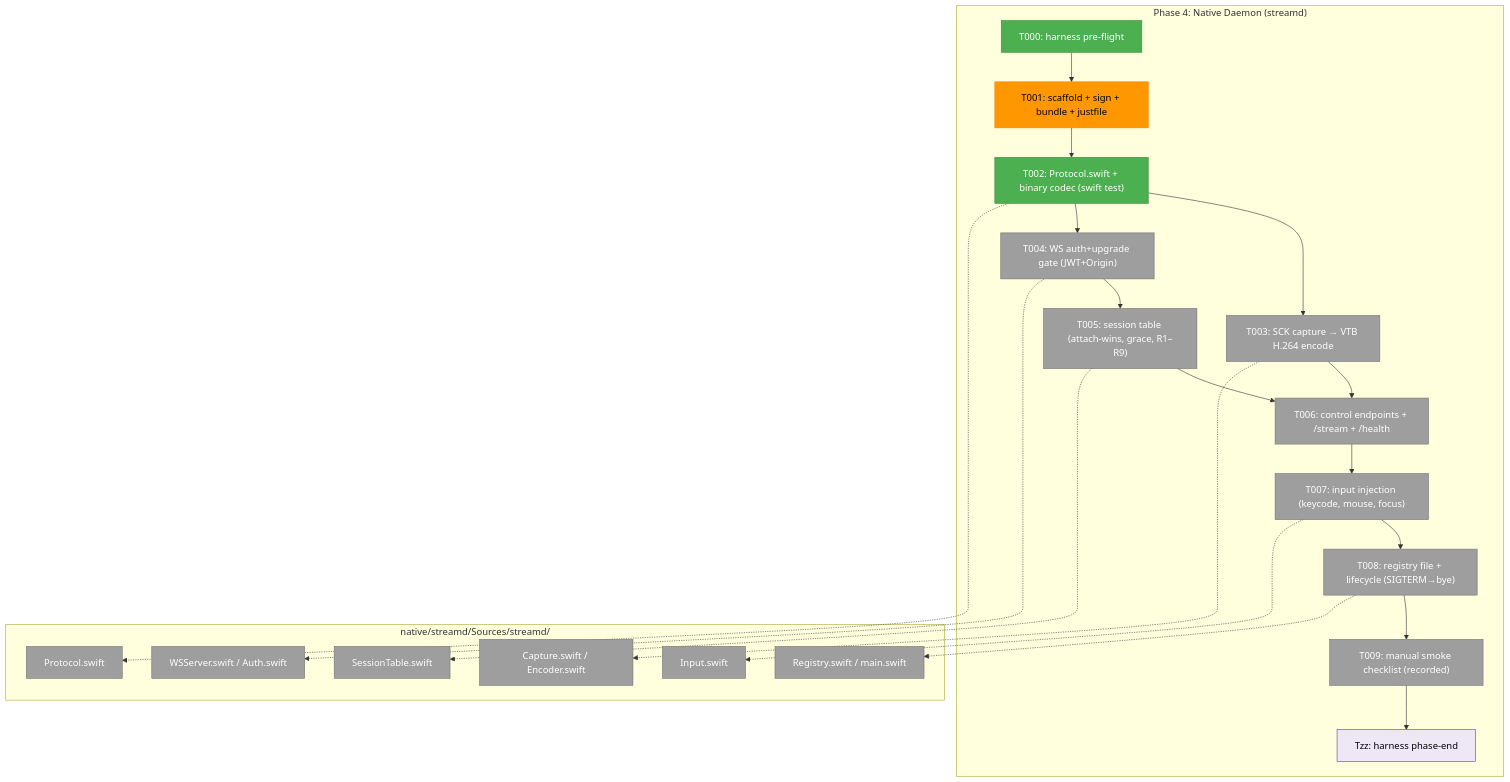
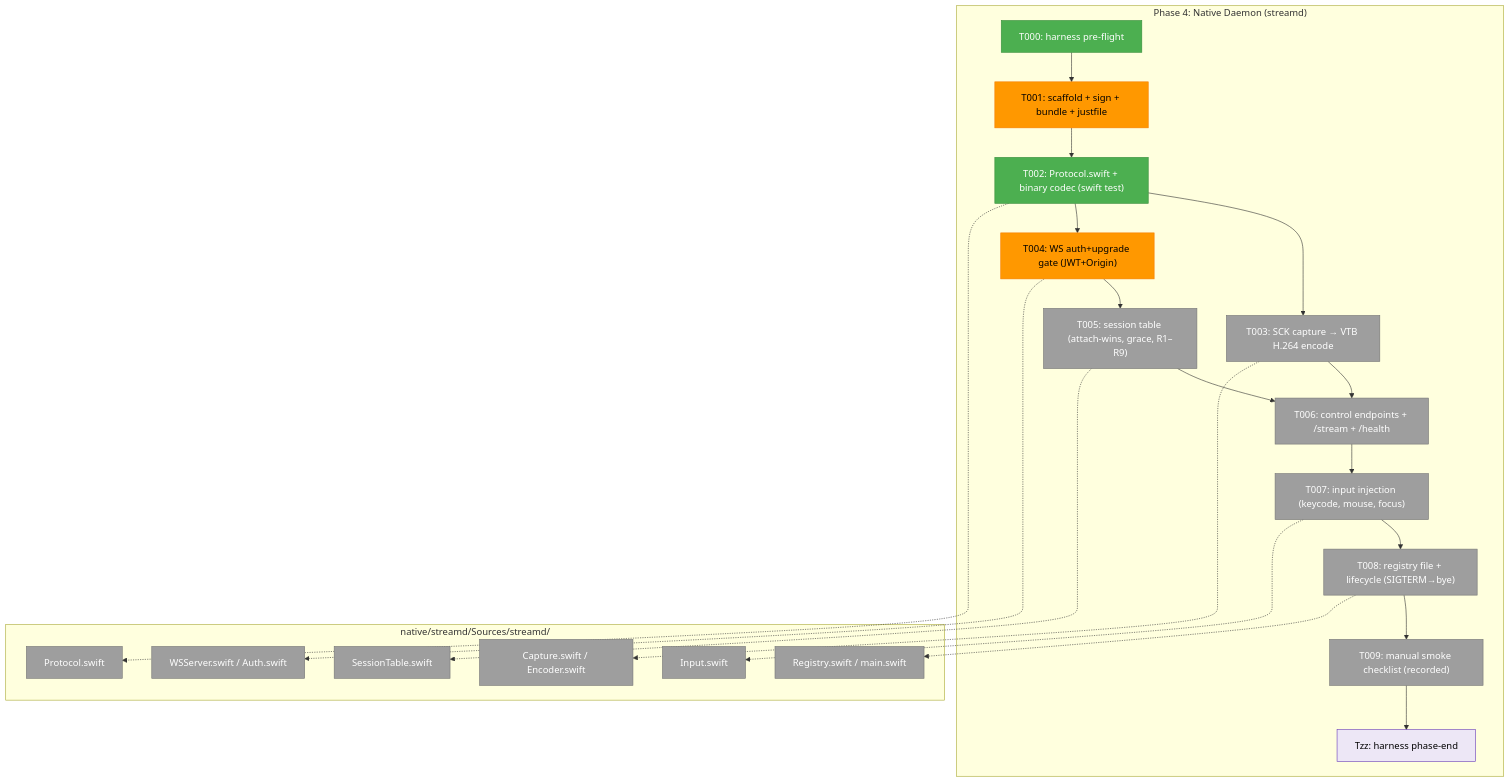
The first of 3 diagrams in docs/plans/088-remote-app-view/tasks/phase-4-native-daemon-swift/tasks.md (AI-Substrate/chainglass), drawn with Mermaid before and after one commit. The commit also changed other lines of this file and 3 other files, not shown here.

First line of the commit message:
test(remote-view): T004 auth core — HKDF + HS256 JWT verify + Origin gate, vectors 32/32 (Plan 088 Phase 4)

````diff
--- a/docs/plans/088-remote-app-view/tasks/phase-4-native-daemon-swift/tasks.md
+++ b/docs/plans/088-remote-app-view/tasks/phase-4-native-daemon-swift/tasks.md
@@ -112,42 +112,42 @@
 ```mermaid
 flowchart TD
     classDef pending fill:#9E9E9E,stroke:#757575,color:#fff
     classDef seam fill:#EDE7F6,stroke:#673AB7,color:#000
     classDef test fill:#E3F2FD,stroke:#1976D2,color:#000
     classDef completed fill:#4CAF50,stroke:#388E3C,color:#fff
     classDef inprogress fill:#FF9800,stroke:#F57C00,color:#000
 
     subgraph Phase["Phase 4: Native Daemon (streamd)"]
         T000["T000: harness pre-flight"]:::completed
         T001["T001: scaffold + sign + bundle + justfile"]:::inprogress
         T002["T002: Protocol.swift + binary codec (swift test)"]:::completed
         T003["T003: SCK capture → VTB H.264 encode"]:::pending
-        T004["T004: WS auth+upgrade gate (JWT+Origin)"]:::pending
+        T004["T004: WS auth+upgrade gate (JWT+Origin)"]:::inprogress
         T005["T005: session table (attach-wins, grace, R1–R9)"]:::pending
         T006["T006: control endpoints + /stream + /health"]:::pending
         T007["T007: input injection (keycode, mouse, focus)"]:::pending
         T008["T008: registry file + lifecycle (SIGTERM→bye)"]:::pending
         T009["T009: manual smoke checklist (recorded)"]:::pending
         Tzz["Tzz: harness phase-end"]:::seam
         T000 --> T001 --> T002 --> T003
         T002 --> T004 --> T005 --> T006
         T003 --> T006
         T006 --> T007 --> T008 --> T009 --> Tzz
     end
 
     subgraph Sources["native/streamd/Sources/streamd/"]
         F1["Protocol.swift"]:::pending
         F2["Capture.swift / Encoder.swift"]:::pending
         F3["WSServer.swift / Auth.swift"]:::pending
         F4["SessionTable.swift"]:::pending
         F5["Input.swift"]:::pending
         F6["Registry.swift / main.swift"]:::pending
     end
 
     T002 -.-> F1
     T003 -.-> F2
     T004 -.-> F3
     T005 -.-> F4
     T007 -.-> F5
     T008 -.-> F6
 ```
````
